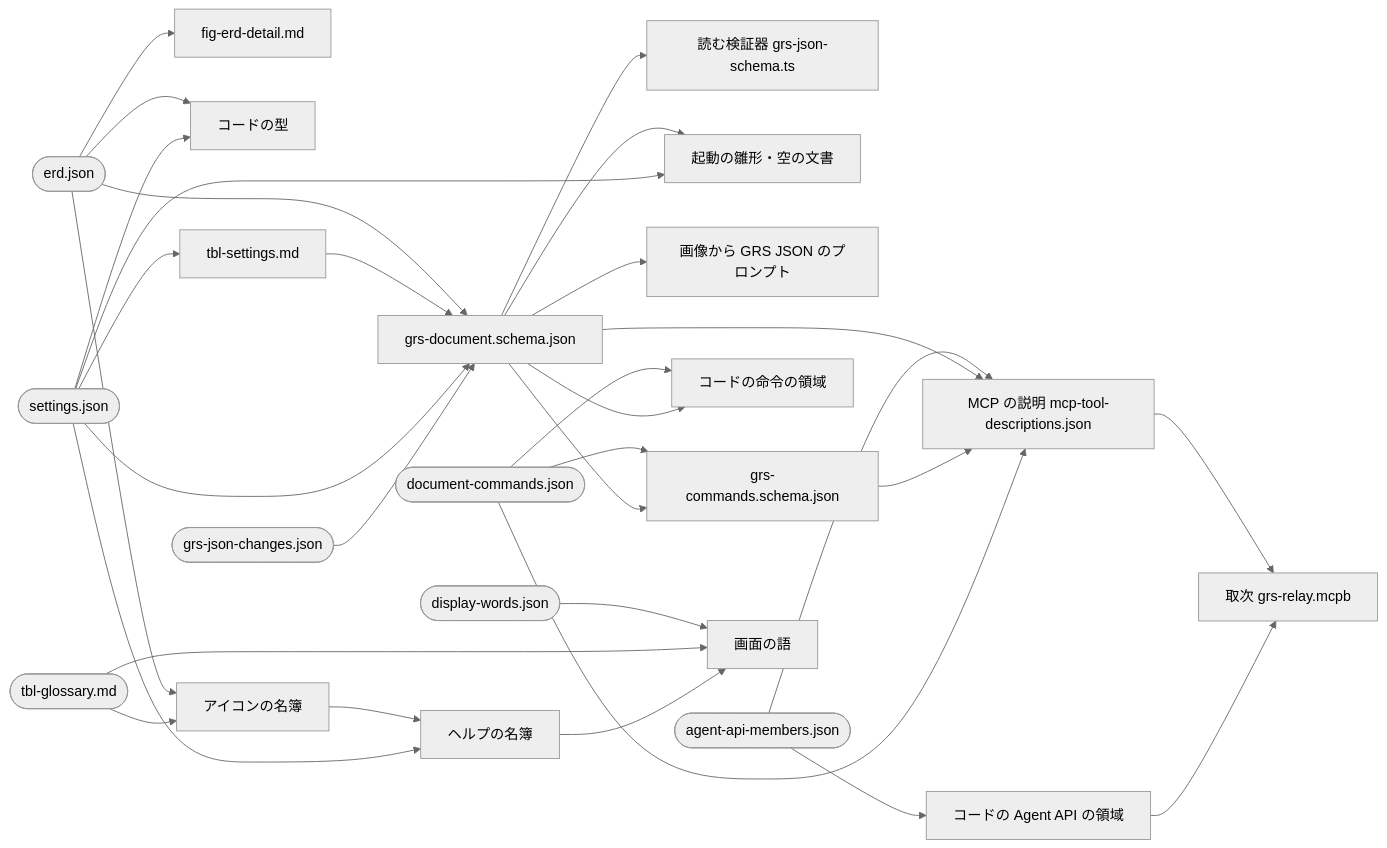
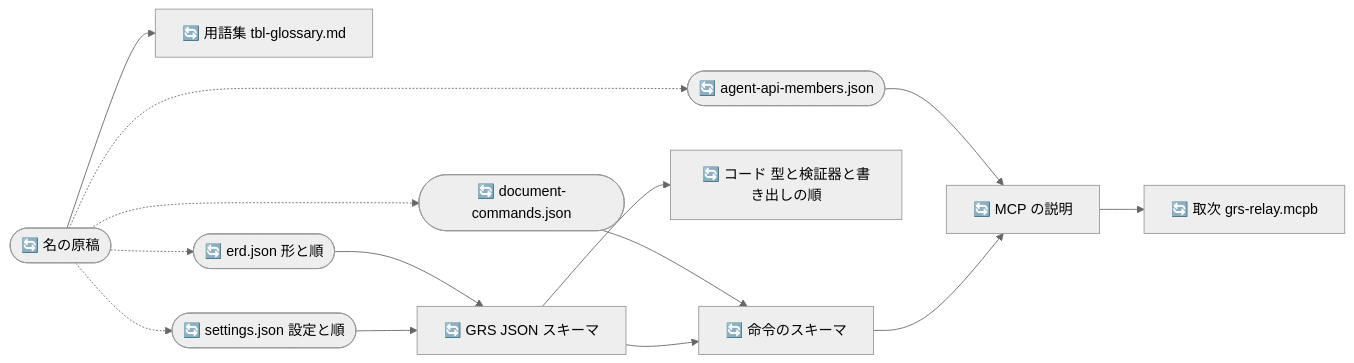
Before and after one commit to GoodRelax/gr-scheduler: the first of 2 diagrams in studies/76-grs-json-beta-shape/terms/12-ssot-questions.md, drawn with Mermaid (neutral theme). The commit also changed other lines of this file and 2 other files, not shown here.

````diff
--- a/studies/76-grs-json-beta-shape/terms/12-ssot-questions.md
+++ b/studies/76-grs-json-beta-shape/terms/12-ssot-questions.md
@@ -137,33 +40,16 @@
 ```mermaid
 graph LR
-  erd([erd.json]) --> erdmd[fig-erd-detail.md]
-  erd --> types[コードの型]
-  set([settings.json]) --> setmd[tbl-settings.md]
-  set --> types
-  erd --> schema[grs-document.schema.json]
-  setmd --> schema
+  names([🔄 名の原稿]) --> glo[🔄 用語集 tbl-glossary.md]
+  names -.-> erd([🔄 erd.json 形と順])
+  names -.-> set([🔄 settings.json 設定と順])
+  names -.-> api([🔄 agent-api-members.json])
+  names -.-> cmd([🔄 document-commands.json])
+  erd --> schema[🔄 GRS JSON スキーマ]
   set --> schema
-  chg([grs-json-changes.json]) --> schema
-  schema --> validator[読む検証器 grs-json-schema.ts]
-  schema --> startup[起動の雛形・空の文書]
-  set --> startup
-  schema --> prompt[画像から GRS JSON のプロンプト]
-  cmd([document-commands.json]) --> cschema[grs-commands.schema.json]
+  schema --> code[🔄 コード 型と検証器と書き出しの順]
+  cmd --> cschema[🔄 命令のスキーマ]
   schema --> cschema
-  cmd --> cmdcode[コードの命令の領域]
-  schema --> cmdcode
-  api([agent-api-members.json]) --> apicode[コードの Agent API の領域]
-  api --> mcp[MCP の説明 mcp-tool-descriptions.json]
-  schema --> mcp
+  api --> mcp[🔄 MCP の説明]
   cschema --> mcp
-  cmd --> mcp
-  mcp --> relay[取次 grs-relay.mcpb]
-  apicode --> relay
-  erd --> icons[アイコンの名簿]
-  glo([tbl-glossary.md]) --> icons
-  icons --> help[ヘルプの名簿]
-  set --> help
-  dw([display-words.json]) --> words[画面の語]
-  glo --> words
-  help --> words
+  mcp --> relay[🔄 取次 grs-relay.mcpb]
 ```
````
